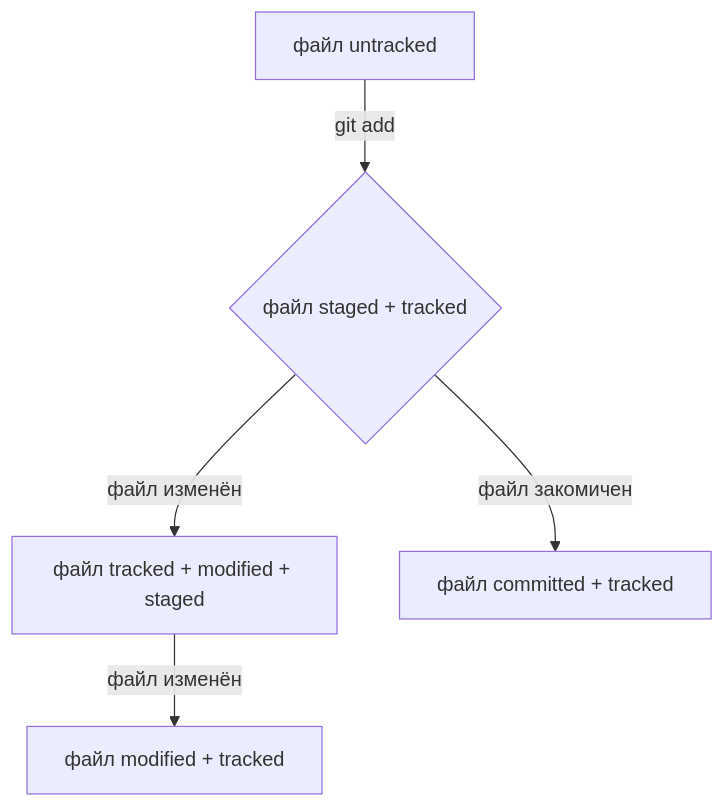
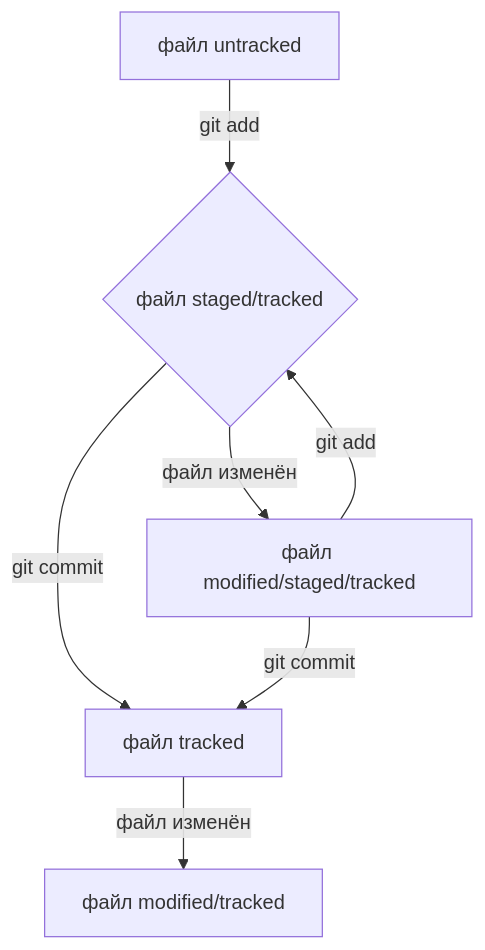
Before and after one commit to melnik-yuliya/Git-case: the diagram in README.md, drawn with Mermaid.

Commit message:
Редактировать схему

````diff
--- a/README.md
+++ b/README.md
@@ -142,8 +142,9 @@
 ```mermaid
 flowchart TD
-A[файл untracked]-- git add --> B{файл staged + tracked};
-B -- файл изменён --> C[файл tracked + modified + staged];
-B -- файл закомичен --> D[файл committed + tracked];
-C -- файл изменён --> F[файл modified + tracked];
-
+A[файл untracked]-- git add --> B{файл staged/tracked};
+B -- файл изменён --> C[файл modified/staged/tracked];
+B -- git commit --> D[файл tracked];
+C -- git commit --> D;
+C -- git add --> B;
+D -- файл изменён --> F[файл modified/tracked];
 ```
````
